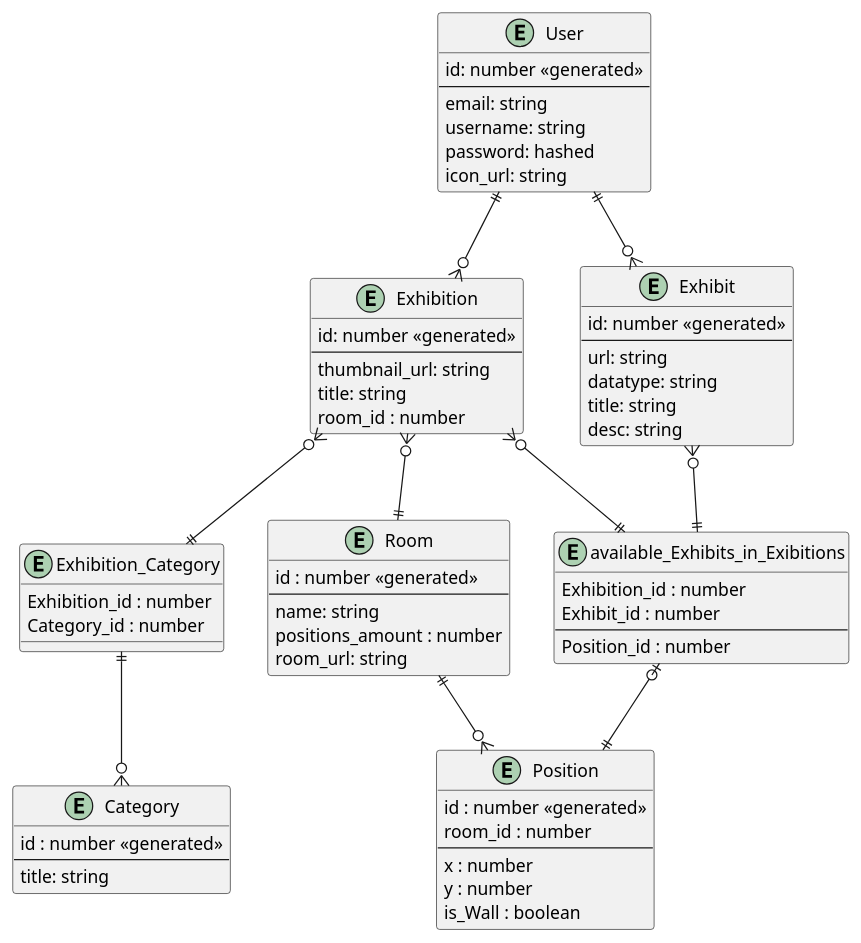
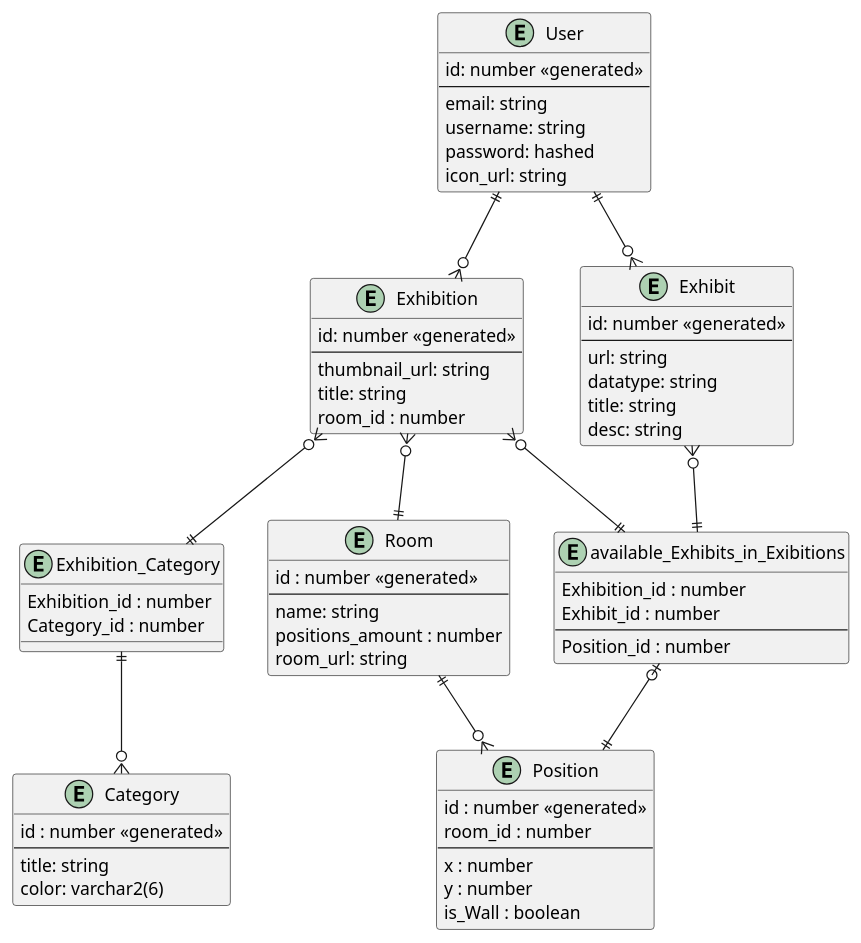
One commit to L0R3N7/3D-Portfolio-Gallery changed the diagram in ERD/erd.wsd. Above: the diagram before and after it, drawn with PlantUML.

```diff
--- a/ERD/erd.wsd
+++ b/ERD/erd.wsd
@@ -1,74 +1,75 @@
 @startuml
 entity User {
     id: number <<generated>>
     --
     email: string
     username: string
     password: hashed
     icon_url: string
 }
 
 entity Exhibition {
     id: number <<generated>>
     --
     thumbnail_url: string
     title: string
     room_id : number
 }
 
 entity Room {
     id : number <<generated>>
     --
     name: string
     positions_amount : number
     room_url: string
 }
 
 entity Position{
     id : number <<generated>>
     room_id : number
     ---
     x : number
     y : number
     is_Wall : boolean
 }
 
 entity Exhibition_Category {
     Exhibition_id : number
     Category_id : number
 }
 
 entity Category{
    id : number <<generated>>
    --
    title: string
+   color: varchar2(6)
 }
 
 entity Exhibit {
     id: number <<generated>> 
     --
     url: string
     datatype: string
     title: string
     desc: string
 }
 
 entity available_Exhibits_in_Exibitions{
     Exhibition_id : number
     Exhibit_id : number
     ---
     Position_id : number
 }
 
 User ||--o{ Exhibition
 User ||--o{ Exhibit
 Exhibition }o--|| available_Exhibits_in_Exibitions
 Exhibit }o--|| available_Exhibits_in_Exibitions
 available_Exhibits_in_Exibitions |o--|| Position
 Exhibition }o--|| Exhibition_Category
 Exhibition_Category ||--o{ Category
 Room ||--o{ Position
 Exhibition }o--|| Room
 
 
 @enduml
```
